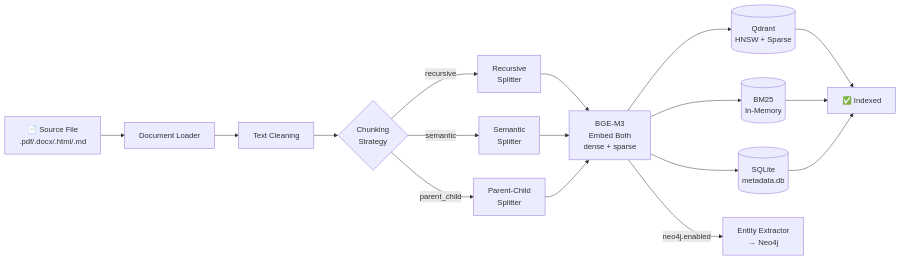
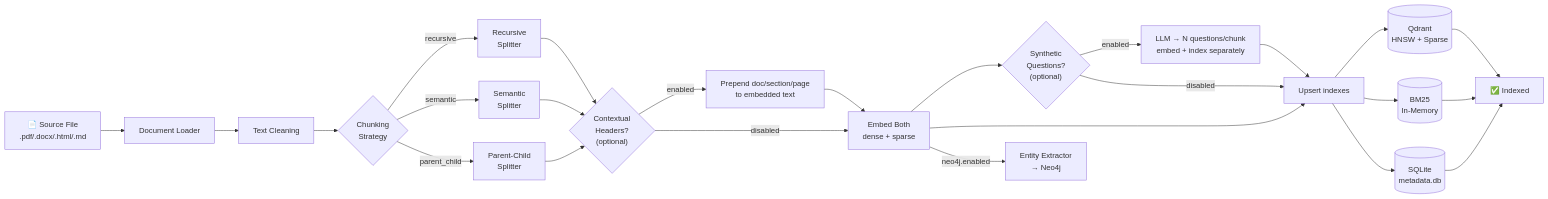
Before and after one commit to ealbertoav/rag_platform: the third of 10 diagrams in README.md, drawn with Mermaid. The commit also changed other lines of this file and 20 other files, not shown here.

First line of the commit message:
feat: implement chunk enrichment with contextual headers and synthetic questions

````diff
--- a/README.md
+++ b/README.md
@@ -264,15 +271,23 @@
 ```mermaid
 flowchart LR
     SRC["📄 Source File<br/>.pdf/.docx/.html/.md"] --> LD["Document Loader"]
     LD --> CL["Text Cleaning"]
     CL --> CH{"Chunking<br/>Strategy"}
     CH -->|recursive| RC["Recursive<br/>Splitter"]
     CH -->|semantic| SC["Semantic<br/>Splitter"]
     CH -->|parent_child| PC["Parent-Child<br/>Splitter"]
-    RC & SC & PC --> EM["BGE-M3<br/>Embed Both<br/>dense + sparse"]
-    EM --> QD[("Qdrant<br/>HNSW + Sparse")]
-    EM --> BM[("BM25<br/>In-Memory")]
-    EM --> META[("SQLite<br/>metadata.db")]
+    RC & SC & PC --> CCH{"Contextual<br/>Headers?<br/>(optional)"}
+    CCH -->|enabled| HDR["Prepend doc/section/page<br/>to embedded text"]
+    CCH -->|disabled| EM["Embed Both<br/>dense + sparse"]
+    HDR --> EM
+    EM --> AUG{"Synthetic<br/>Questions?<br/>(optional)"}
+    AUG -->|enabled| SQ["LLM → N questions/chunk<br/>embed + index separately"]
+    AUG -->|disabled| IDX
+    EM --> IDX
+    SQ --> IDX
+    IDX["Upsert indexes"] --> QD[("Qdrant<br/>HNSW + Sparse")]
+    IDX --> BM[("BM25<br/>In-Memory")]
+    IDX --> META[("SQLite<br/>metadata.db")]
     EM -->|neo4j.enabled| GR["Entity Extractor<br/>→ Neo4j"]
     QD & BM & META --> DONE["✅ Indexed"]
 ```
````
